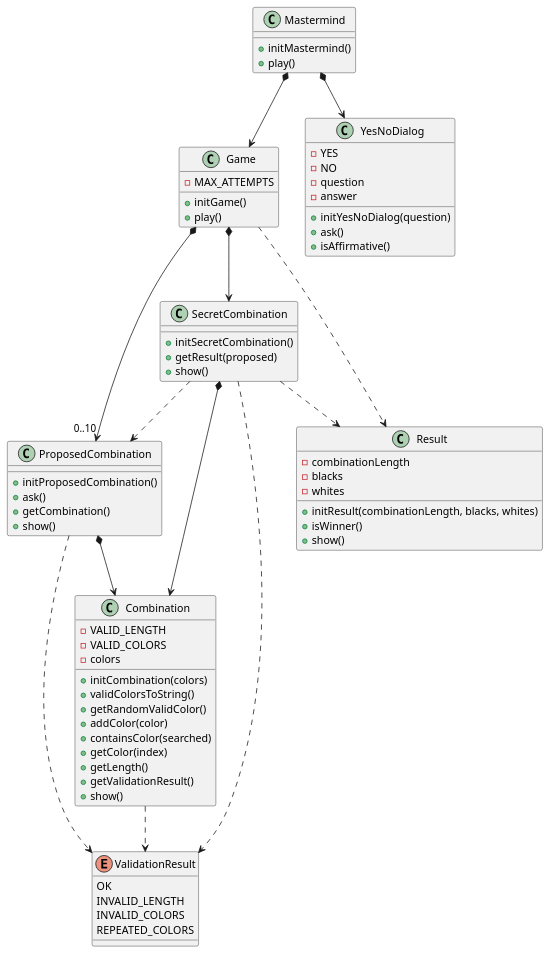
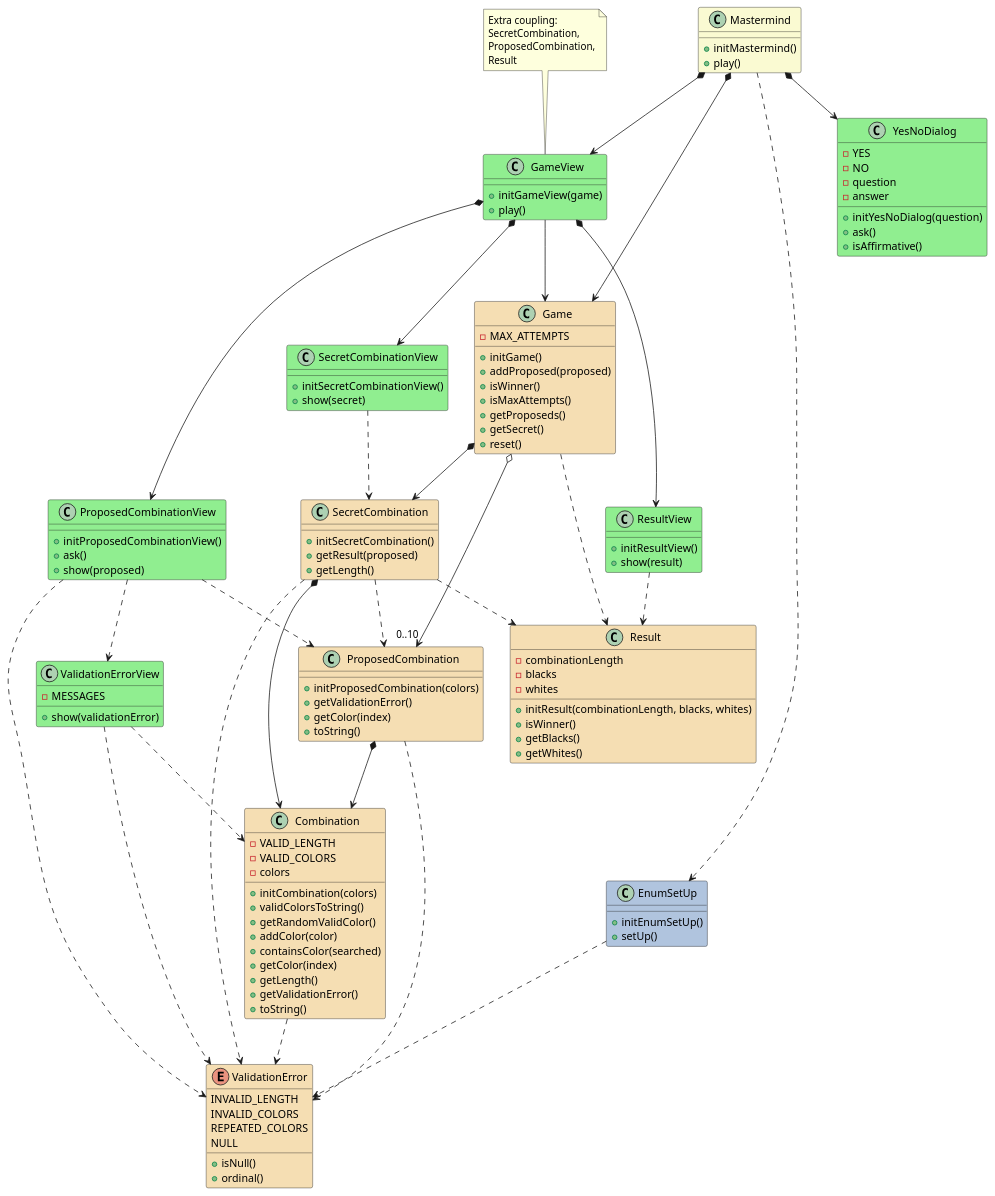
The diagram in docs/dev-resume/analysis.plantuml (PabloMartinFluvia/myGame-mastermind), drawn with PlantUML before and after one commit. The commit also changed 4 other files, not shown here.

```diff
--- a/docs/dev-resume/analysis.plantuml
+++ b/docs/dev-resume/analysis.plantuml
@@ -1,87 +1,155 @@
 @startuml analysis
 
-class Mastermind{  
+class Mastermind #LightGoldenRodYellow {  
 
     + initMastermind()
     + play()    
 }
 Mastermind *--> Game
+Mastermind *--> GameView
 Mastermind *--> YesNoDialog
+Mastermind ..> EnumSetUp
 
-class Game{
+class GameView #LightGreen {
+
+    + initGameView(game)
+    + play()
+}
+note top
+Extra coupling:
+SecretCombination,
+ProposedCombination,
+Result
+end note
+GameView -down-> Game
+GameView *--> SecretCombinationView
+GameView *--> ProposedCombinationView
+GameView *--> ResultView
+
+
+class SecretCombinationView #LightGreen {
+    
+    + initSecretCombinationView()
+    + show(secret)
+}
+SecretCombinationView ..> SecretCombination
+
+class ProposedCombinationView #LightGreen {
+    
+    + initProposedCombinationView()
+    + ask()
+    + show(proposed)
+}
+ProposedCombinationView ..> ProposedCombination
+ProposedCombinationView ..> ValidationError
+ProposedCombinationView ..> ValidationErrorView
+
+class ValidationErrorView #LightGreen {
+
+    - MESSAGES
+    
+    + show(validationError)
+}
+ValidationErrorView ..> ValidationError
+ValidationErrorView ..> Combination
+
+class ResultView #LightGreen {
+    
+    + initResultView()
+    + show(result)
+}
+ResultView ..> Result
+
+class Game #Wheat{
     - MAX_ATTEMPTS
 
     + initGame()
-    + play()      
+    + addProposed(proposed)
+    + isWinner()
+    + isMaxAttempts()
+    + getProposeds()
+    + getSecret()
+    + reset()    
 }
 Game *--> SecretCombination
-Game *--> "0..10" ProposedCombination
+Game o--> "0..10" ProposedCombination
 Game .down.> Result
 
-class SecretCombination{
+class SecretCombination #Wheat{
     
     + initSecretCombination()    
     + getResult(proposed)
-    + show()    
+    + getLength()     
 
 }
 SecretCombination *-down-> Combination
 SecretCombination .down.> ProposedCombination
 SecretCombination .down.> Result
-SecretCombination .down.> ValidationResult
+SecretCombination .down.> ValidationError
 
-class Combination{
+class Combination #Wheat{
     - VALID_LENGTH
     - VALID_COLORS    
     - colors
 
     + initCombination(colors)
     + validColorsToString()
     + getRandomValidColor()    
     + addColor(color)
     + containsColor(searched)      
     + getColor(index)
     + getLength()          
-    + getValidationResult()
-    + show()
+    + getValidationError()
+    + toString()
 }
-Combination .down.> ValidationResult
+Combination .down.> ValidationError
 
-enum ValidationResult{
-    OK
+enum ValidationError #Wheat{    
     INVALID_LENGTH
     INVALID_COLORS
     REPEATED_COLORS
+    NULL
+
+    + isNull()
+    + ordinal()
 }
 
-class ProposedCombination{
+class ProposedCombination #Wheat{
 
-    + initProposedCombination()
-    + ask()   
-    + getCombination()  
-    + show() 
+    + initProposedCombination(colors)        
+    + getValidationError()
+    + getColor(index)   
+    + toString()   
 }
 ProposedCombination *-down-> Combination 
-ProposedCombination .down.> ValidationResult
+ProposedCombination .down.> ValidationError
 
-class Result{
+class Result #Wheat{
     - combinationLength
     - blacks
     - whites
 
     + initResult(combinationLength, blacks, whites)
     + isWinner()
-    + show()    
+    + getBlacks()    
+    + getWhites()    
 }
 
-class YesNoDialog {
+class YesNoDialog #LightGreen {
     - YES
     - NO
     - question
     - answer    
 
     + initYesNoDialog(question)
     + ask()
     + isAffirmative()
 }
+
+class EnumSetUp #LightSteelBlue {
+    + initEnumSetUp()
+    + setUp()
+}
+EnumSetUp ..> ValidationError
+
 @enduml
```
